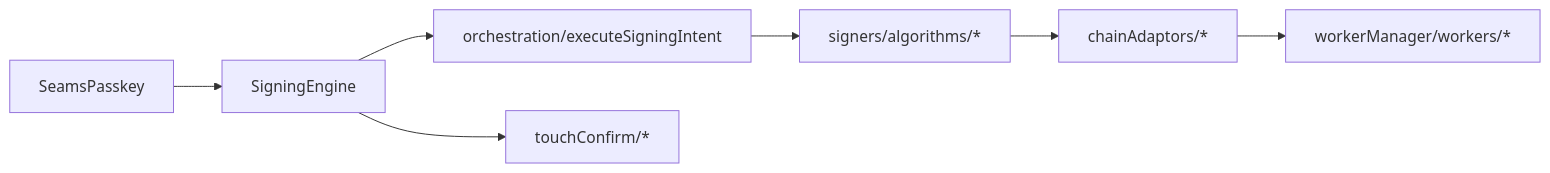
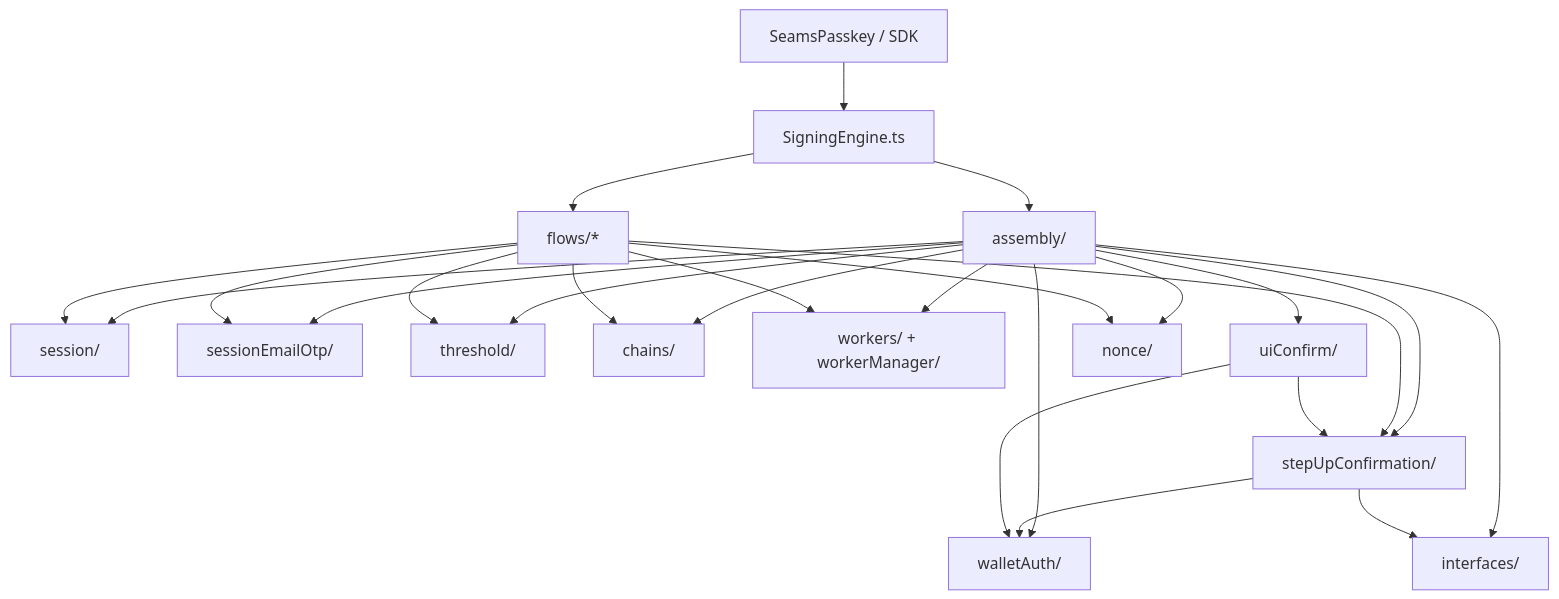
The first of 4 diagrams in client/src/core/signingEngine/README.md (seams-tech/seams-sdk), drawn with Mermaid before and after one commit. The commit also changed other lines of this file and 655 other files, not shown here.

Commit message:
refactor signing engine architecture

````diff
--- a/client/src/core/signingEngine/README.md
+++ b/client/src/core/signingEngine/README.md
@@ -37,9 +45,27 @@
 ```mermaid
-flowchart LR
-  TP["SeamsPasskey"] --> SE["SigningEngine"]
-  SE --> ORCH["orchestration/executeSigningIntent"]
-  ORCH --> ENG["signers/algorithms/*"]
-  ENG --> CHAINS["chainAdaptors/*"]
-  SE --> SC["touchConfirm/*"]
-  CHAINS --> WORKERS["workerManager/workers/*"]
+flowchart TD
+  SP["SeamsPasskey / SDK"] --> SE["SigningEngine.ts"]
+  SE --> INIT["assembly/"]
+  SE --> OPS["flows/*"]
+  INIT --> SESSION["session/"]
+  INIT --> EMAILOTP["sessionEmailOtp/"]
+  INIT --> CONF["stepUpConfirmation/"]
+  INIT --> THRESHOLD["threshold/"]
+  INIT --> CHAINS["chains/"]
+  INIT --> WORKERS["workers/ + workerManager/"]
+  INIT --> AUTH["walletAuth/"]
+  INIT --> UI["uiConfirm/"]
+  INIT --> NONCE["nonce/"]
+  INIT --> IFACE["interfaces/"]
+  OPS --> SESSION
+  OPS --> EMAILOTP
+  OPS --> CONF
+  OPS --> THRESHOLD
+  OPS --> CHAINS
+  OPS --> WORKERS
+  OPS --> NONCE
+  CONF --> AUTH
+  CONF --> IFACE
+  UI --> CONF
+  UI --> AUTH
 ```
````
